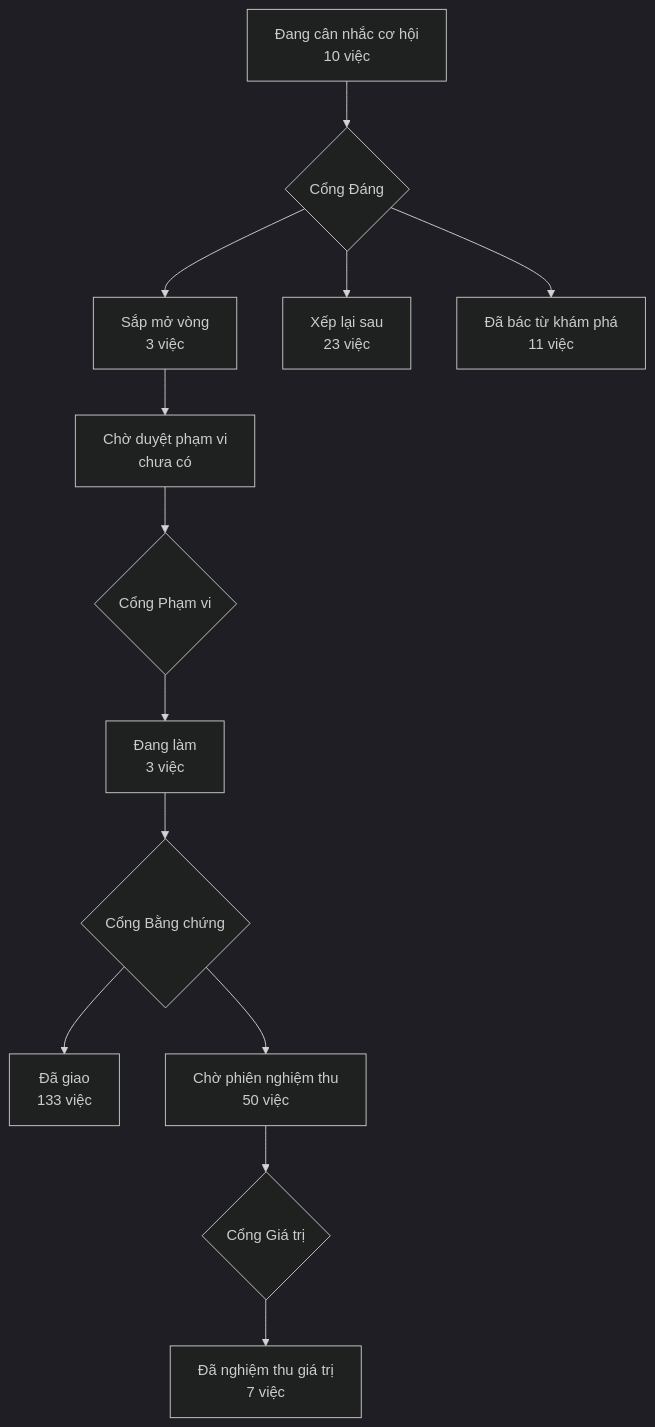
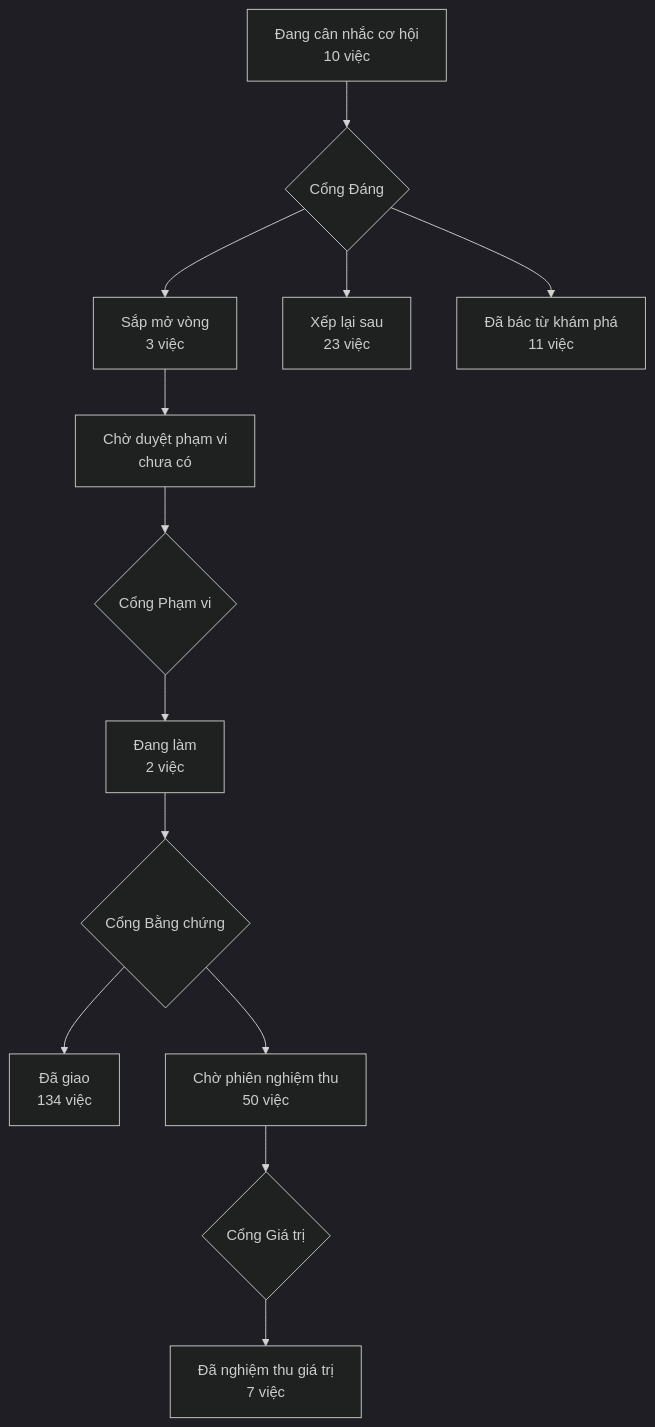
The diagram in PRODUCT-MAP.md (phanlemanh/acceptance-gate-kit), drawn with Mermaid (dark theme) before and after one commit. The commit also changed 7 other files, not shown here.

````diff
--- a/PRODUCT-MAP.md
+++ b/PRODUCT-MAP.md
@@ -7,12 +7,12 @@
 ```mermaid
 flowchart TD
   A["Đang cân nhắc cơ hội<br/>10 việc"] --> GD{"Cổng Đáng"}
   GD --> B["Sắp mở vòng<br/>3 việc"]
   GD --> XL["Xếp lại sau<br/>23 việc"]
   GD --> DB["Đã bác từ khám phá<br/>11 việc"]
   B --> CD["Chờ duyệt phạm vi<br/>chưa có"] --> GP{"Cổng Phạm vi"}
-  GP --> DL["Đang làm<br/>3 việc"] --> GB{"Cổng Bằng chứng"}
-  GB --> DG["Đã giao<br/>133 việc"]
+  GP --> DL["Đang làm<br/>2 việc"] --> GB{"Cổng Bằng chứng"}
+  GB --> DG["Đã giao<br/>134 việc"]
   GB --> CN["Chờ phiên nghiệm thu<br/>50 việc"] --> GG{"Cổng Giá trị"}
   GG --> NT["Đã nghiệm thu giá trị<br/>7 việc"]
 ```
````
